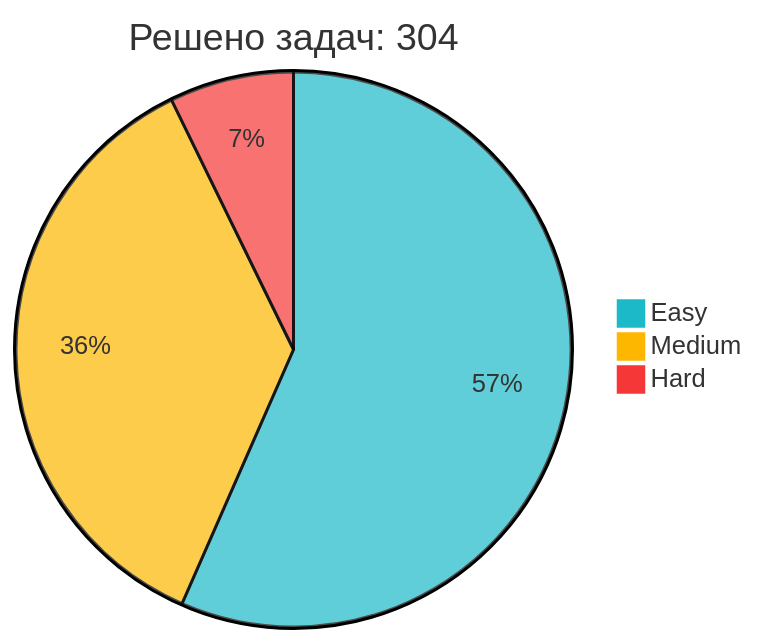
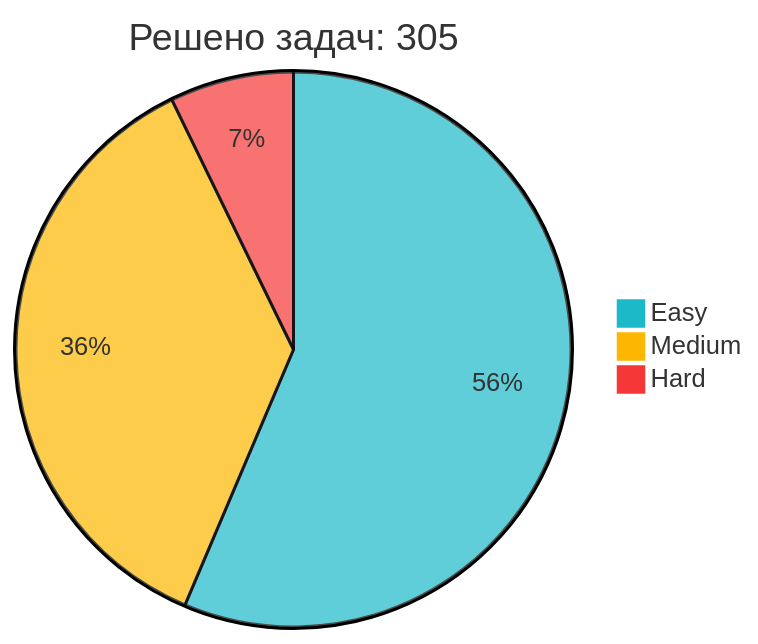
One commit to IliaKurdukov/IliaKurdukov changed the diagram in README.md. Above: the diagram before and after it, drawn with Mermaid. The commit also changed other lines of this file, not shown here.

Commit message:
📈 Обновление статистики LeetCode

````diff
--- a/README.md
+++ b/README.md
@@ -51,7 +51,7 @@
 ```mermaid
 %%{init: {'theme': 'base', 'themeVariables': { 'pie1': '#1CBAC8', 'pie2': '#FEB700', 'pie3': '#F63737' }, 'config': {'width': 300, 'height': 200}}}%%
-pie title Решено задач: 304
+pie title Решено задач: 305
    "Easy" : 172
-   "Medium" : 110
+   "Medium" : 111
    "Hard" : 22
 ```
````
